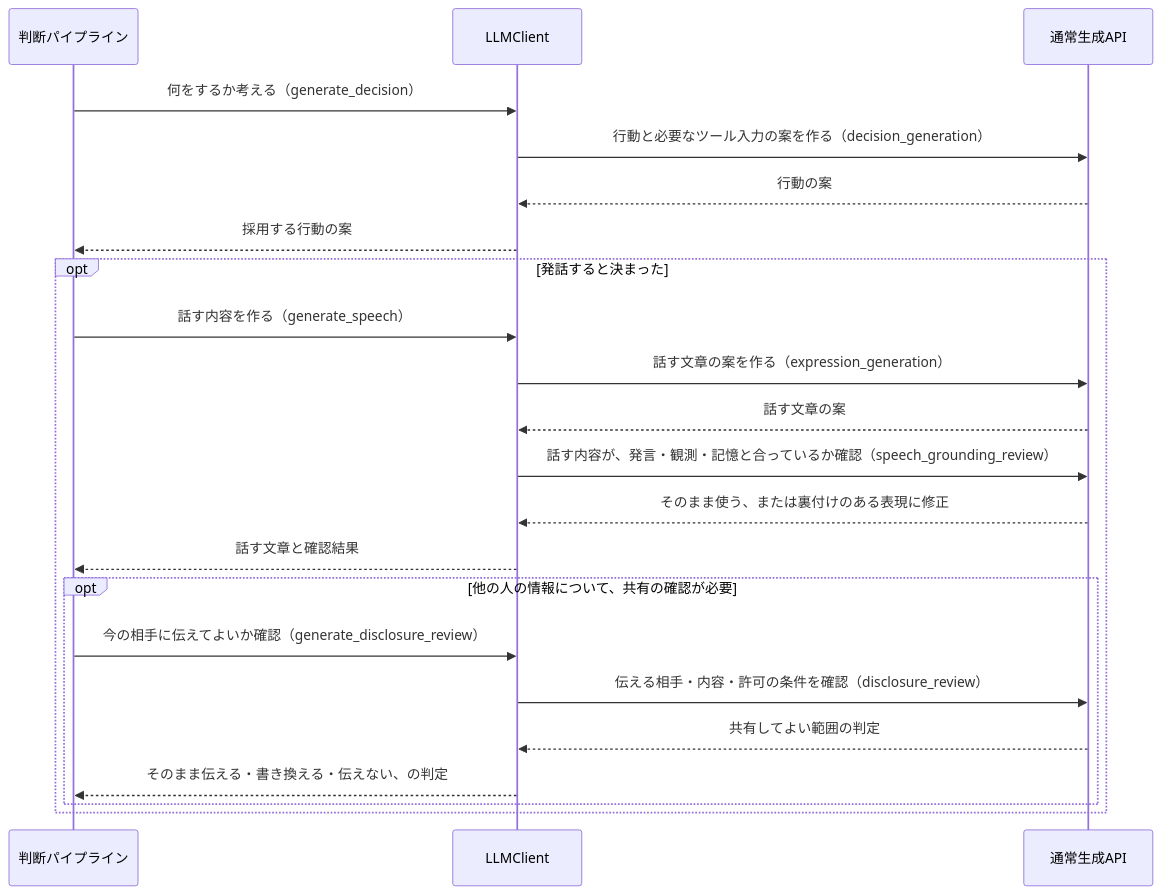
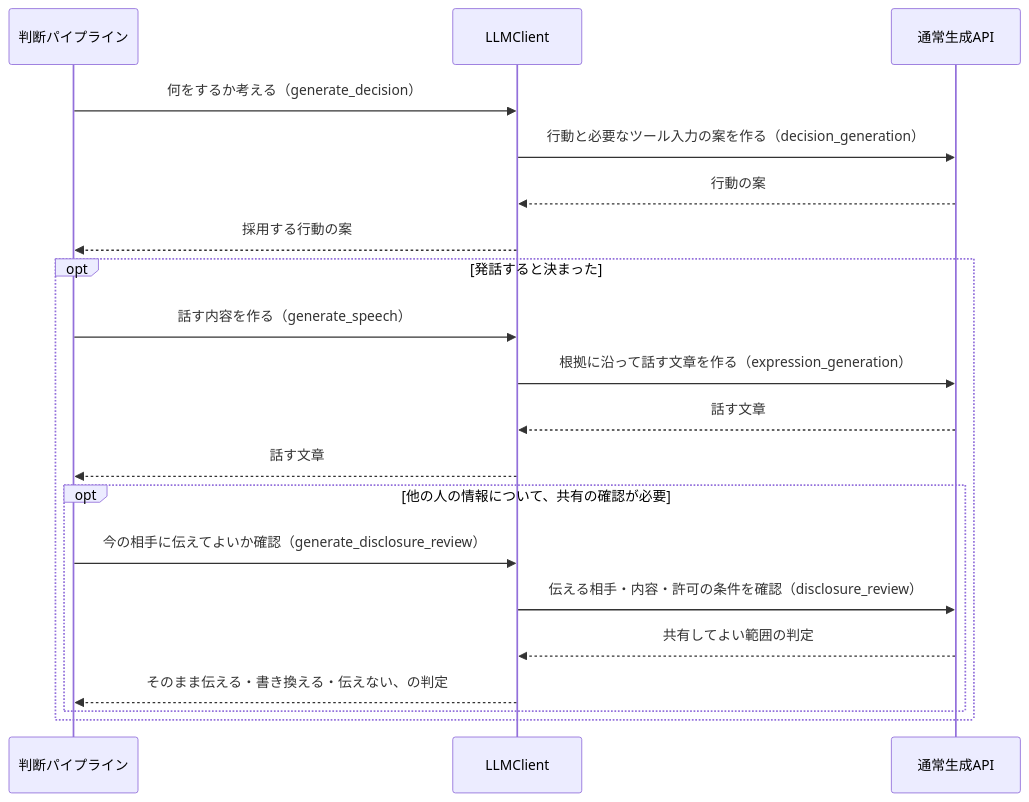
The second of 7 diagrams in docs/design/llm/LLM呼び出しシーケンス.md (hirona98/OtomeKairo), drawn with Mermaid before and after one commit. The commit also changed other lines of this file and 18 other files, not shown here.

````diff
--- a/docs/design/llm/LLM呼び出しシーケンス.md
+++ b/docs/design/llm/LLM呼び出しシーケンス.md
@@ -140,25 +140,23 @@
 ```mermaid
 sequenceDiagram
     participant C as 判断パイプライン
     participant L as LLMClient
     participant G as 通常生成API
 
     C->>L: 何をするか考える（generate_decision）
     L->>G: 行動と必要なツール入力の案を作る（decision_generation）
     G-->>L: 行動の案
     L-->>C: 採用する行動の案
     opt 発話すると決まった
         C->>L: 話す内容を作る（generate_speech）
-        L->>G: 話す文章の案を作る（expression_generation）
-        G-->>L: 話す文章の案
-        L->>G: 話す内容が、発言・観測・記憶と合っているか確認（speech_grounding_review）
-        G-->>L: そのまま使う、または裏付けのある表現に修正
-        L-->>C: 話す文章と確認結果
+        L->>G: 根拠に沿って話す文章を作る（expression_generation）
+        G-->>L: 話す文章
+        L-->>C: 話す文章
         opt 他の人の情報について、共有の確認が必要
             C->>L: 今の相手に伝えてよいか確認（generate_disclosure_review）
             L->>G: 伝える相手・内容・許可の条件を確認（disclosure_review）
             G-->>L: 共有してよい範囲の判定
             L-->>C: そのまま伝える・書き換える・伝えない、の判定
         end
     end
 ```
````
